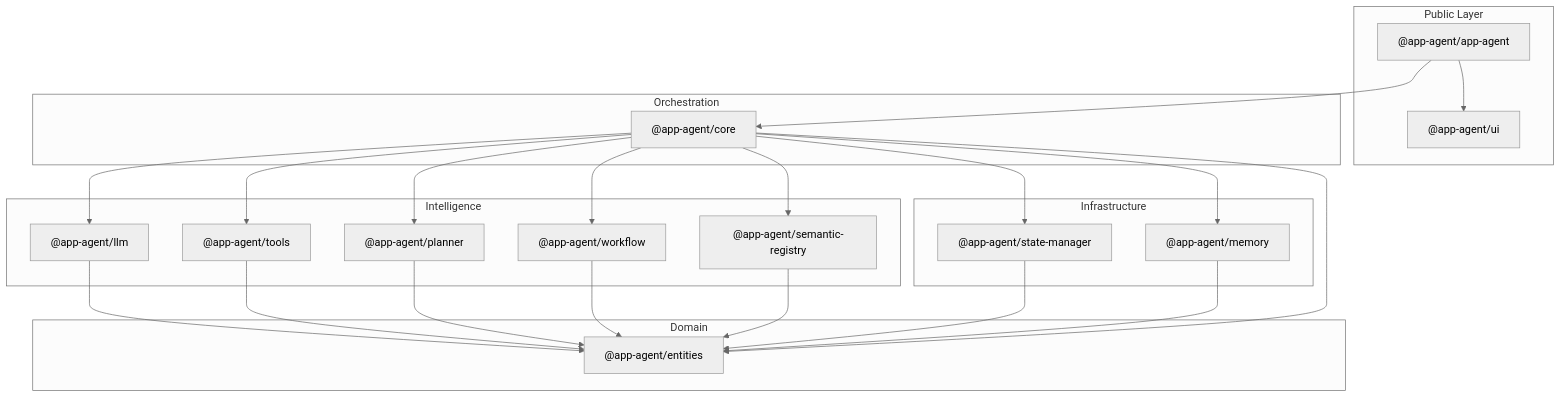
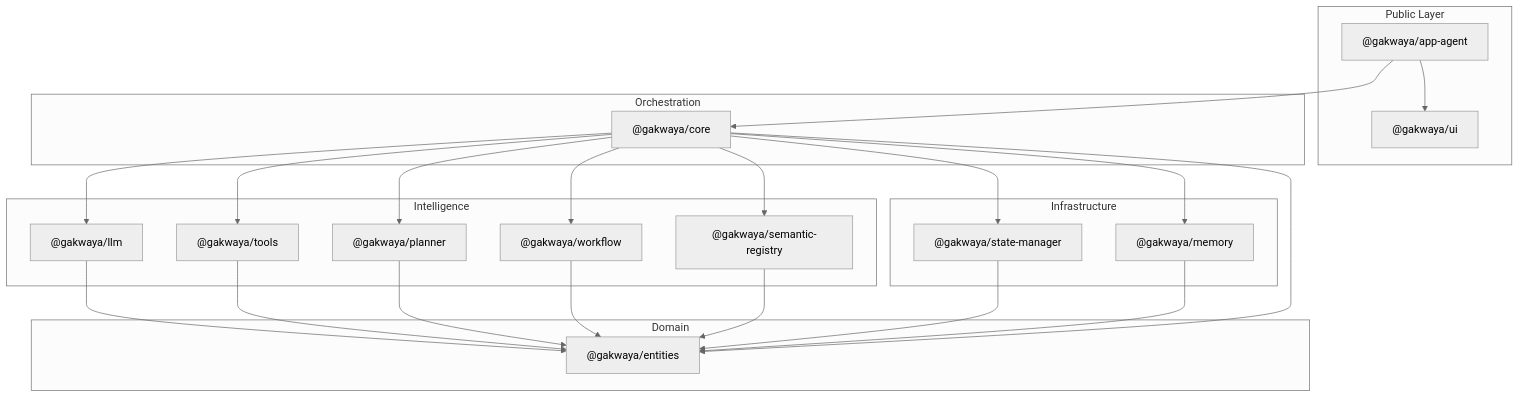
The first of 2 diagrams in app-agent/docs/architecture.md (labKnowledge/app-agent-framework), drawn with Mermaid (neutral theme) before and after one commit. The commit also changed other lines of this file and 114 other files, not shown here.

First line of the commit message:
refactor: rename package scope from @app-agent to @gakwaya across all packages

````diff
--- a/app-agent/docs/architecture.md
+++ b/app-agent/docs/architecture.md
@@ -13,46 +13,46 @@
 ```mermaid
 flowchart TB
   subgraph publicLayer [Public Layer]
-    facade["@app-agent/app-agent"]
-    ui["@app-agent/ui"]
+    facade["@gakwaya/app-agent"]
+    ui["@gakwaya/ui"]
   end
 
   subgraph orchestration [Orchestration]
-    core["@app-agent/core"]
+    core["@gakwaya/core"]
   end
 
   subgraph intelligence [Intelligence]
-    llm["@app-agent/llm"]
-    tools["@app-agent/tools"]
-    planner["@app-agent/planner"]
-    workflow["@app-agent/workflow"]
-    registry["@app-agent/semantic-registry"]
+    llm["@gakwaya/llm"]
+    tools["@gakwaya/tools"]
+    planner["@gakwaya/planner"]
+    workflow["@gakwaya/workflow"]
+    registry["@gakwaya/semantic-registry"]
   end
 
   subgraph infrastructure [Infrastructure]
-    sm["@app-agent/state-manager"]
-    mem["@app-agent/memory"]
+    sm["@gakwaya/state-manager"]
+    mem["@gakwaya/memory"]
   end
 
   subgraph domain [Domain]
-    entities["@app-agent/entities"]
+    entities["@gakwaya/entities"]
   end
 
   facade --> core
   facade --> ui
   core --> llm
   core --> tools
   core --> planner
   core --> workflow
   core --> registry
   core --> sm
   core --> mem
   llm --> entities
   tools --> entities
   planner --> entities
   workflow --> entities
   registry --> entities
   sm --> entities
   mem --> entities
   core --> entities
 ```
````
